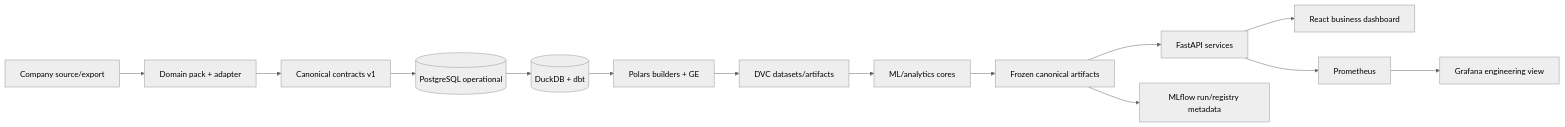
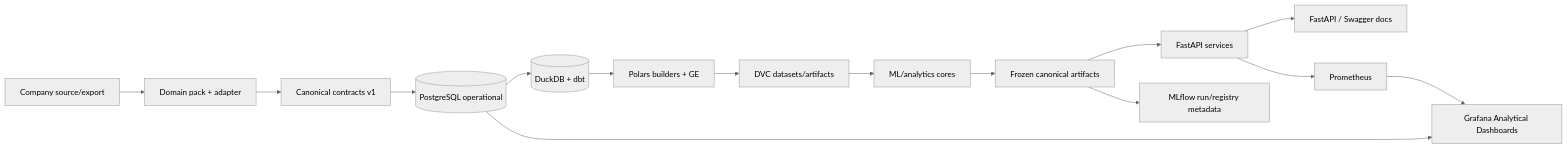
The diagram in docs/architecture/system_architecture.md (Eclipse-XS/FMCG-Sales-Intelligence), drawn with Mermaid (neutral theme) before and after one commit. The commit also changed 192 other files, not shown here.

````diff
--- a/docs/architecture/system_architecture.md
+++ b/docs/architecture/system_architecture.md
@@ -3,16 +3,17 @@
 ```mermaid
 flowchart LR
   S[Company source/export] --> P[Domain pack + adapter]
   P --> C[Canonical contracts v1]
   C --> PG[(PostgreSQL operational)]
   PG --> D[(DuckDB + dbt)]
   D --> Q[Polars builders + GE]
   Q --> V[DVC datasets/artifacts]
   V --> M[ML/analytics cores]
   M --> F[Frozen canonical artifacts]
   F --> API[FastAPI services]
-  API --> UI[React business dashboard]
+  API --> DOCS[FastAPI / Swagger docs]
   F --> MF[MLflow run/registry metadata]
   API --> PR[Prometheus]
-  PR --> G[Grafana engineering view]
+  PG --> G[Grafana Analytical Dashboards]
+  PR --> G
 ```
````
